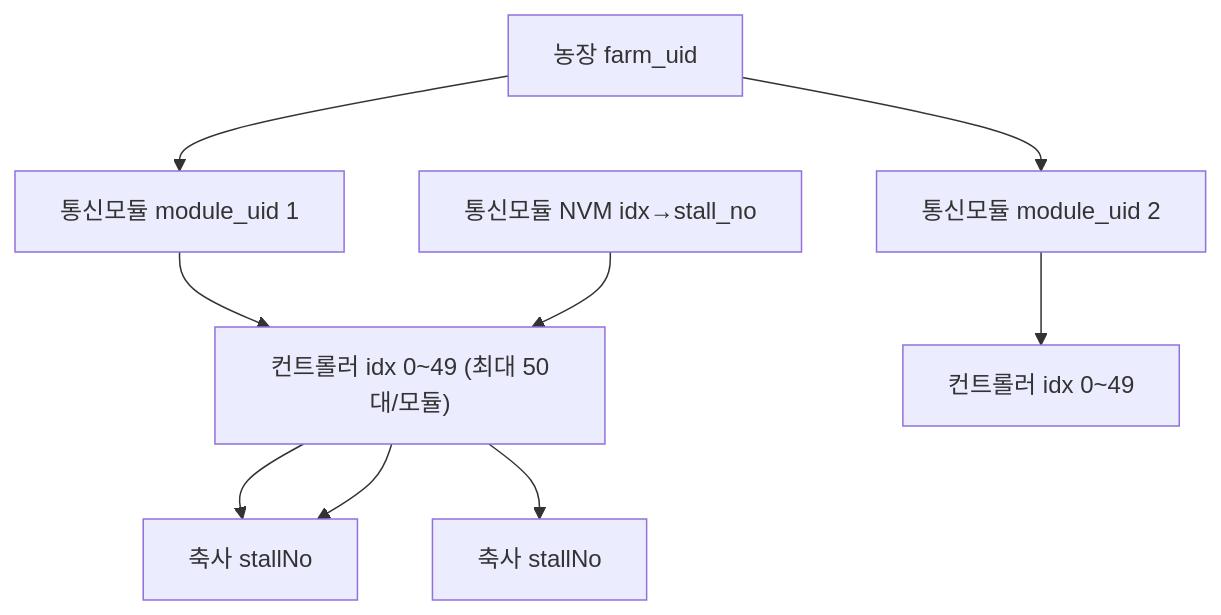
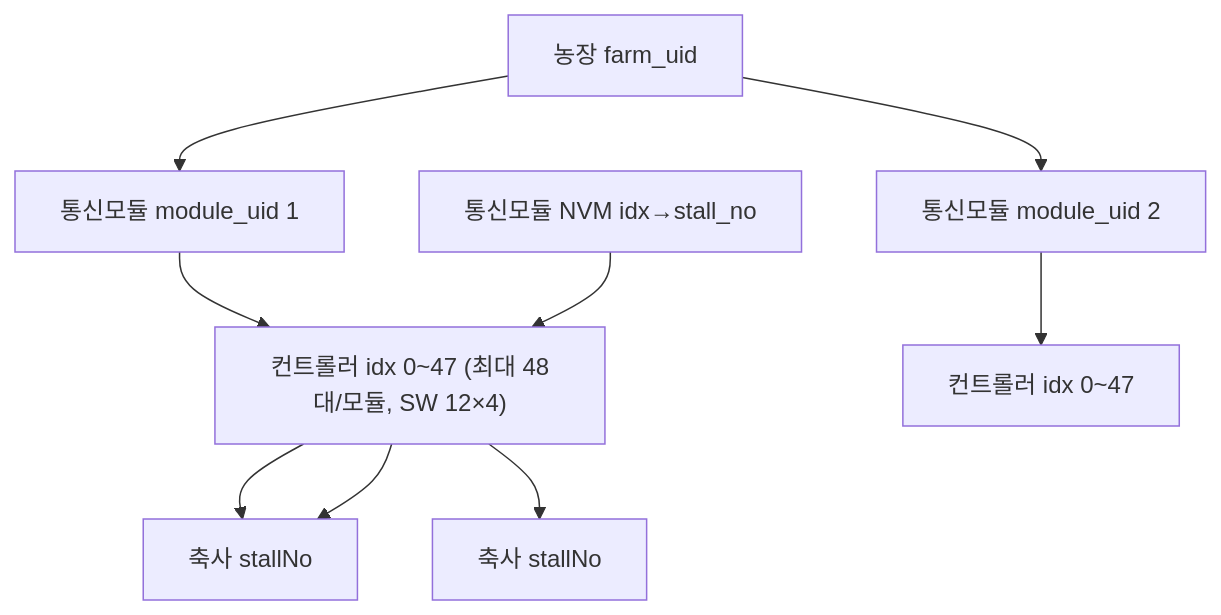
Before and after one commit to SIJackLee/dashboard: the diagram in docs/PROJECT_CONTEXT.md, drawn with Mermaid. The commit also changed other lines of this file and 45 other files, not shown here.

````diff
--- a/docs/PROJECT_CONTEXT.md
+++ b/docs/PROJECT_CONTEXT.md
@@ -62,11 +66,11 @@
 ```mermaid
 flowchart TB
   F[농장 farm_uid] --> M1[통신모듈 module_uid 1]
   F --> M2[통신모듈 module_uid 2]
-  M1 --> C1["컨트롤러 idx 0~49 (최대 50대/모듈)"]
-  M2 --> C2["컨트롤러 idx 0~49"]
+  M1 --> C1["컨트롤러 idx 0~47 (최대 48대/모듈, SW 12×4)"]
+  M2 --> C2["컨트롤러 idx 0~47"]
   NVM[통신모듈 NVM idx→stall_no] --> C1
   C1 --> S1[축사 stallNo]
   C1 --> S1
   C1 --> S2[축사 stallNo]
 ```
````
